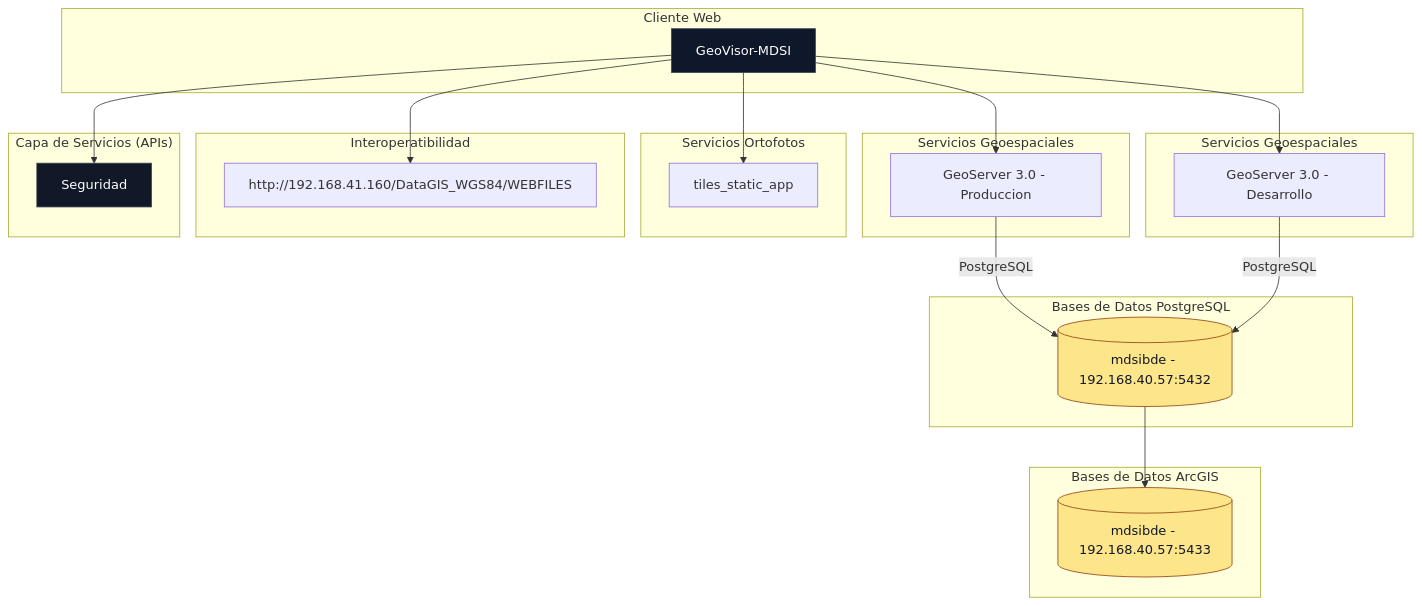
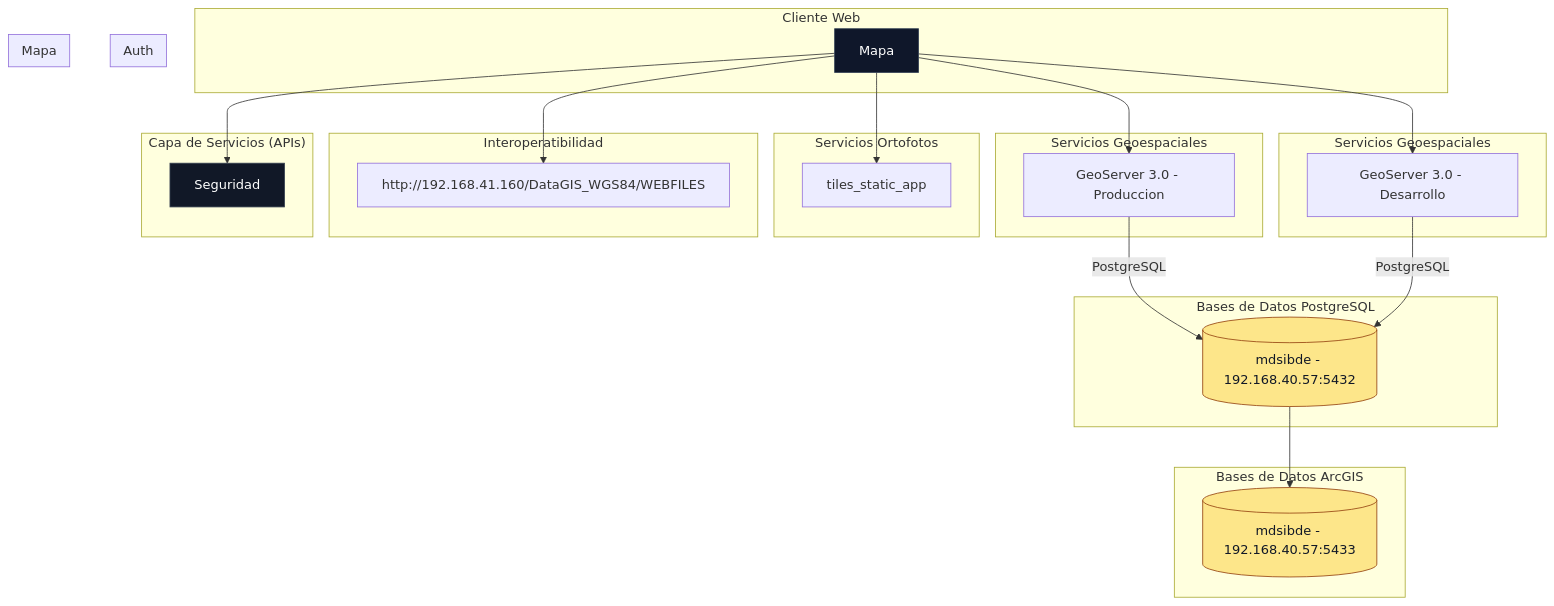
Before and after one commit to mdsigeovisor/geovisormdsi: the diagram in README.md, drawn with Mermaid.

````diff
--- a/README.md
+++ b/README.md
@@ -14,63 +14,71 @@
 ```mermaid
 graph TB
   %% =========================
   %% COMPONENTES
   %% =========================
   subgraph "Cliente Web"
     FRONT[GeoVisor-MDSI]
-  end  
+  end 
+
+  subgraph "Auth"
+    FRONT[Auth]
+  end
+
+  subgraph "Mapa"
+    FRONT[Mapa]
+  end
 
   subgraph "Bases de Datos PostgreSQL"
     DB1[(mdsibde - 192.168.40.57:5432)]
   end
 
   subgraph "Bases de Datos ArcGIS"
     DB2[(mdsibde - 192.168.40.57:5433)]
   end
   
   subgraph "Servicios Geoespaciales"
     GEOSERVER_PROD[GeoServer 3.0 - Produccion]
   end
 
   subgraph "Servicios Geoespaciales"
     GEOSERVER_DEV[GeoServer 3.0 - Desarrollo]
   end
 
   subgraph "Servicios Ortofotos"
     ORTOFOTOS[tiles_static_app]
   end
 
   subgraph "Interoperatibilidad"
     INTER[http://192.168.41.160/DataGIS_WGS84/WEBFILES]
   end
 
   subgraph "Capa de Servicios (APIs)"
     AUTH[Seguridad]
   end  
 
   %% =========================
   %% RELACIONES
   %% =========================
   FRONT --> AUTH
   FRONT --> GEOSERVER_PROD
   FRONT --> GEOSERVER_DEV
   FRONT --> ORTOFOTOS
   FRONT --> INTER
   DB1 --> DB2
   
   GEOSERVER_PROD -- "PostgreSQL" --> DB1
   GEOSERVER_DEV -- "PostgreSQL" --> DB1
   
 
   %% =========================
   %% ESTILOS
   %% =========================
   classDef front fill:#0f172a,stroke:#334155,stroke-width:1px,color:#fff;
   classDef service fill:#111827,stroke:#374151,stroke-width:1px,color:#fff;
   classDef db fill:#fde68a,stroke:#92400e,stroke-width:1px,color:#111827;
 
   class FRONT front;
   class AUTH,GEOSERVER service;
   class DB1 db;
   class DB2 db;
 ```
````
